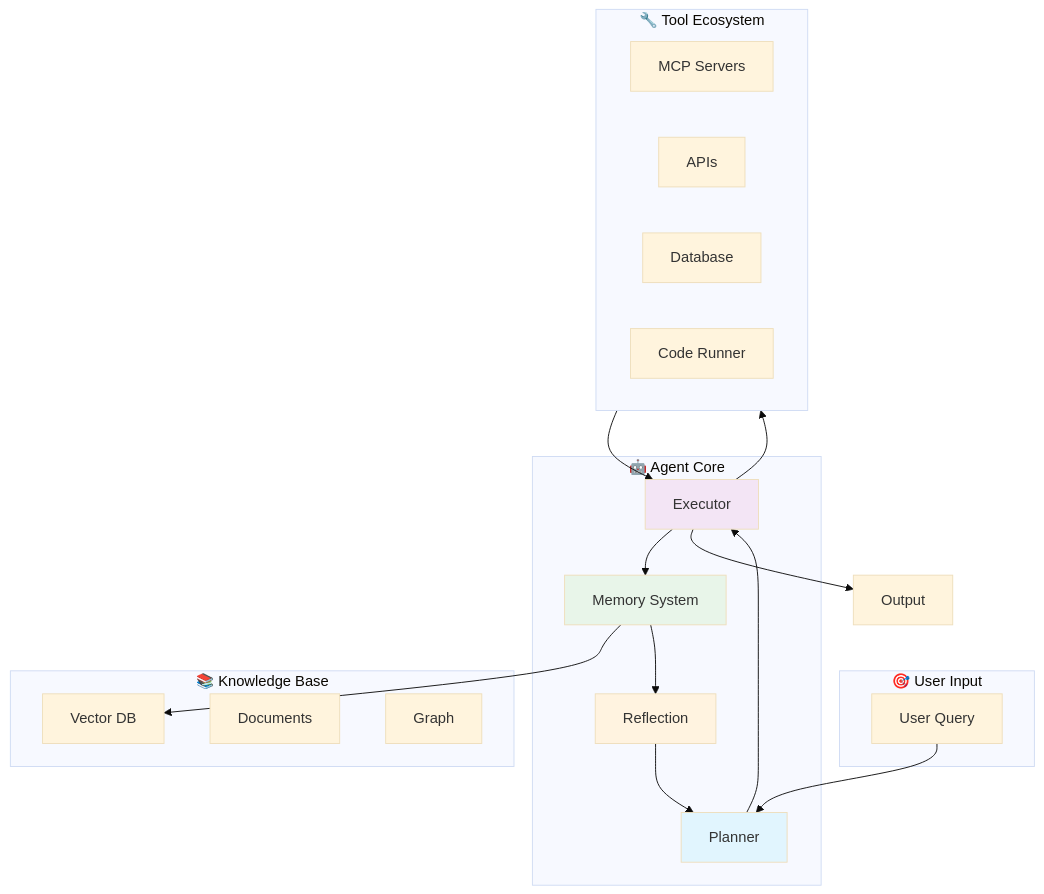
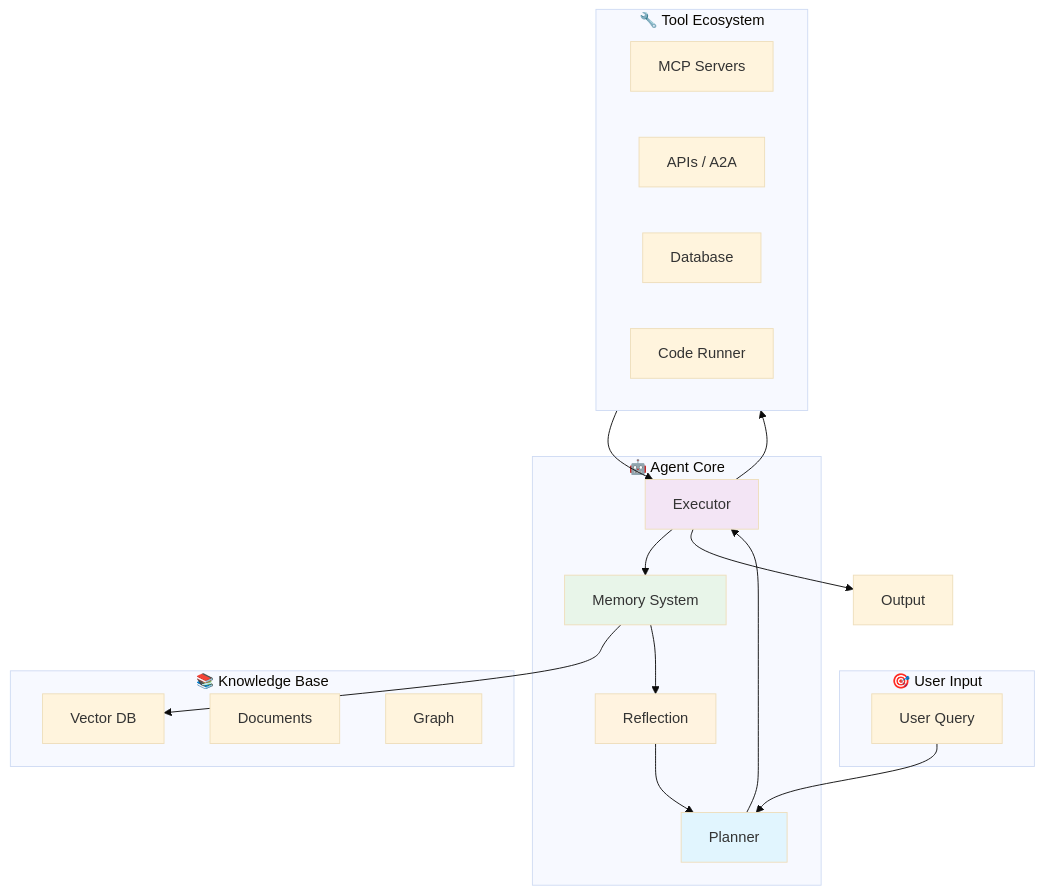
Before and after one commit to YiWang24/AiDIY: the second of 2 diagrams in docs/ai/agents/index.mdx, drawn with Mermaid (base theme). The commit also changed other lines of this file and 14 other files, not shown here.

````diff
--- a/docs/ai/agents/index.mdx
+++ b/docs/ai/agents/index.mdx
@@ -71,42 +78,42 @@
 ```mermaid
 flowchart TB
     subgraph Input["🎯 User Input"]
         U[User Query]
     end
 
     subgraph Agent["🤖 Agent Core"]
         P[Planner]
         E[Executor]
         M[Memory System]
         R[Reflection]
     end
 
     subgraph Tools["🔧 Tool Ecosystem"]
         T1[MCP Servers]
-        T2[APIs]
+        T2[APIs / A2A]
         T3[Database]
         T4[Code Runner]
     end
 
     subgraph Knowledge["📚 Knowledge Base"]
         K1[Vector DB]
         K2[Documents]
         K3[Graph]
     end
 
     U --> P
     P --> E
     E --> M
     E --> Tools
     M --> K1
     M --> R
     R --> P
 
     Tools --> E
     E --> O[Output]
 
     style P fill:#e1f5fe
     style E fill:#f3e5f5
     style M fill:#e8f5e9
     style R fill:#fff3e0
 ```
````
